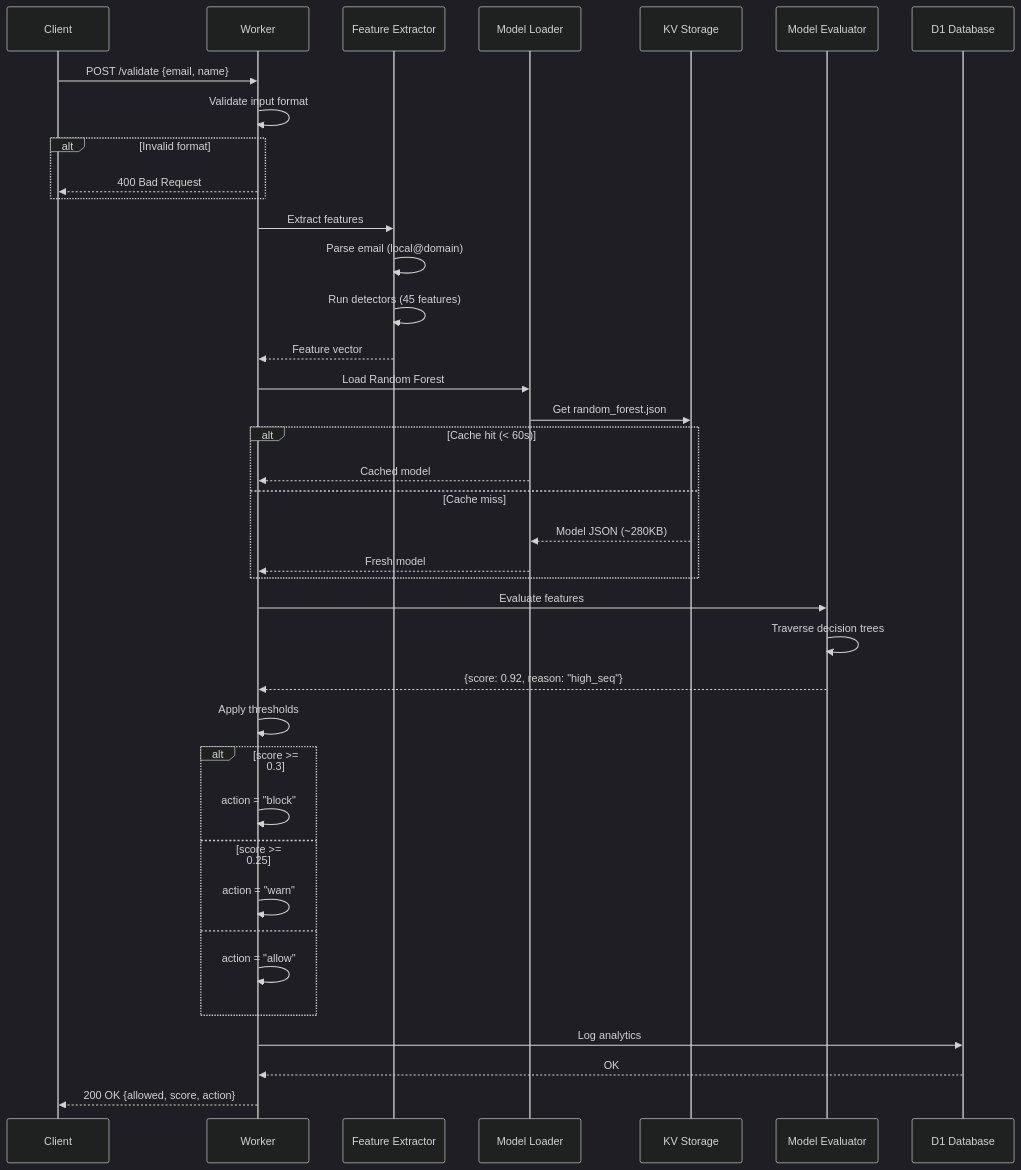
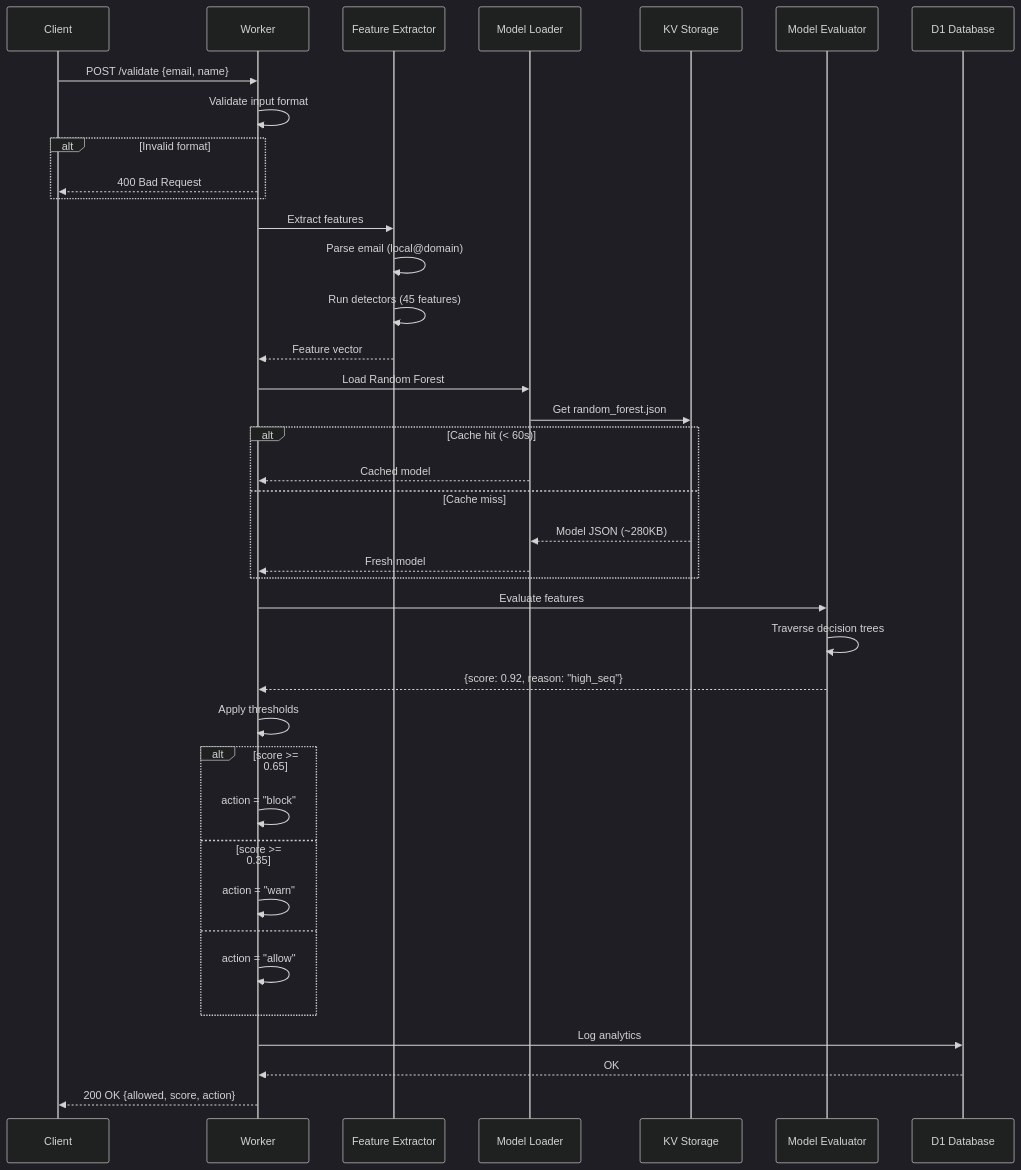
Before and after one commit to erfianugrah/markov-mail: the second of 7 diagrams in docs/ARCHITECTURE.md, drawn with Mermaid (dark theme). The commit also changed other lines of this file and 22 other files, not shown here.

````diff
--- a/docs/ARCHITECTURE.md
+++ b/docs/ARCHITECTURE.md
@@ -107,49 +107,49 @@
 ```mermaid
 sequenceDiagram
     participant Client
     participant Worker
     participant FeatureExtractor as Feature Extractor
     participant ModelLoader as Model Loader
     participant KV as KV Storage
     participant ModelEval as Model Evaluator
     participant D1 as D1 Database
 
     Client->>Worker: POST /validate {email, name}
 
     Worker->>Worker: Validate input format
     alt Invalid format
         Worker-->>Client: 400 Bad Request
     end
 
     Worker->>FeatureExtractor: Extract features
     FeatureExtractor->>FeatureExtractor: Parse email (local@domain)
     FeatureExtractor->>FeatureExtractor: Run detectors (45 features)
     FeatureExtractor-->>Worker: Feature vector
 
     Worker->>ModelLoader: Load Random Forest
     ModelLoader->>KV: Get random_forest.json
     alt Cache hit (< 60s)
         ModelLoader-->>Worker: Cached model
     else Cache miss
         KV-->>ModelLoader: Model JSON (~280KB)
         ModelLoader-->>Worker: Fresh model
     end
 
     Worker->>ModelEval: Evaluate features
     ModelEval->>ModelEval: Traverse decision trees
     ModelEval-->>Worker: {score: 0.92, reason: "high_seq"}
 
     Worker->>Worker: Apply thresholds
-    alt score >= 0.3
+    alt score >= 0.65
         Worker->>Worker: action = "block"
-    else score >= 0.25
+    else score >= 0.35
         Worker->>Worker: action = "warn"
     else
         Worker->>Worker: action = "allow"
     end
 
     Worker->>D1: Log analytics
     D1-->>Worker: OK
 
     Worker-->>Client: 200 OK {allowed, score, action}
 ```
````
